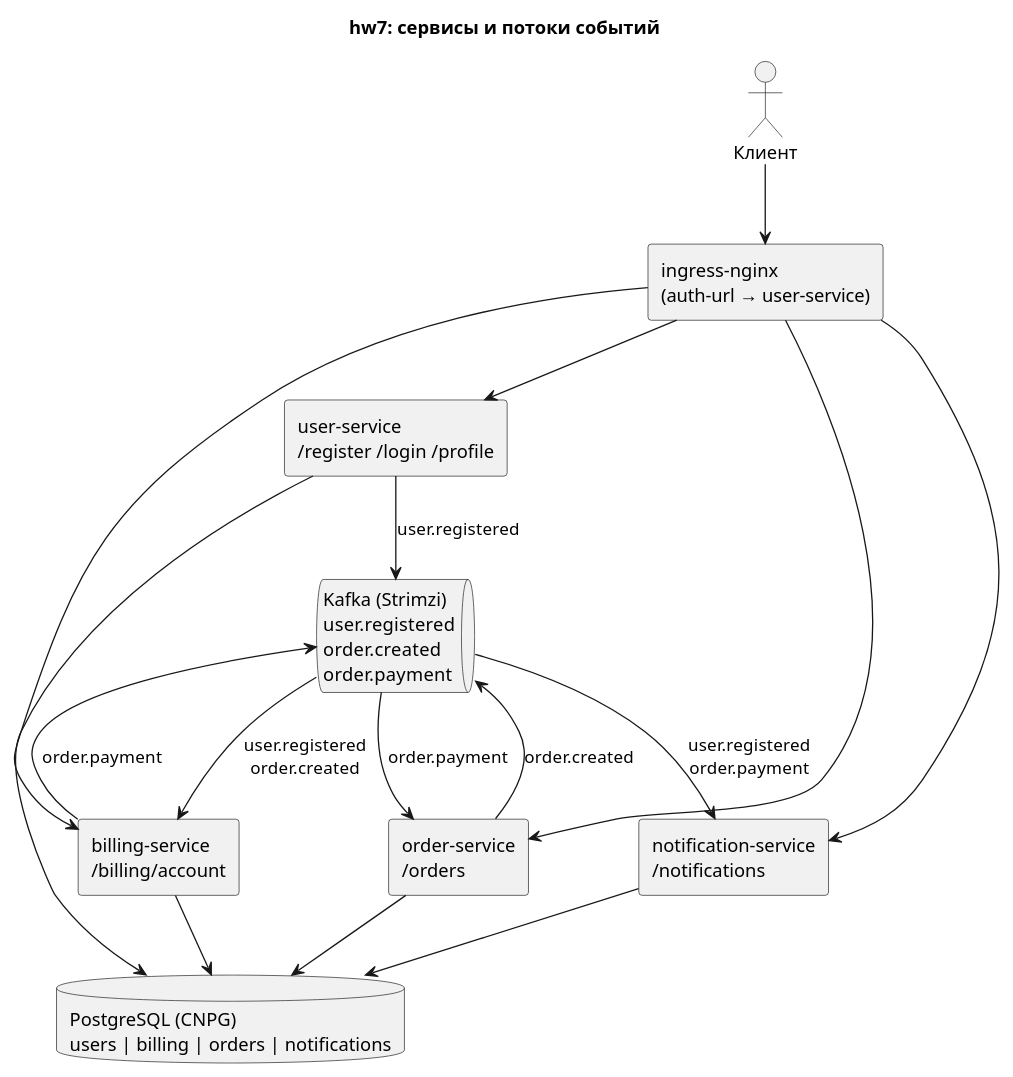
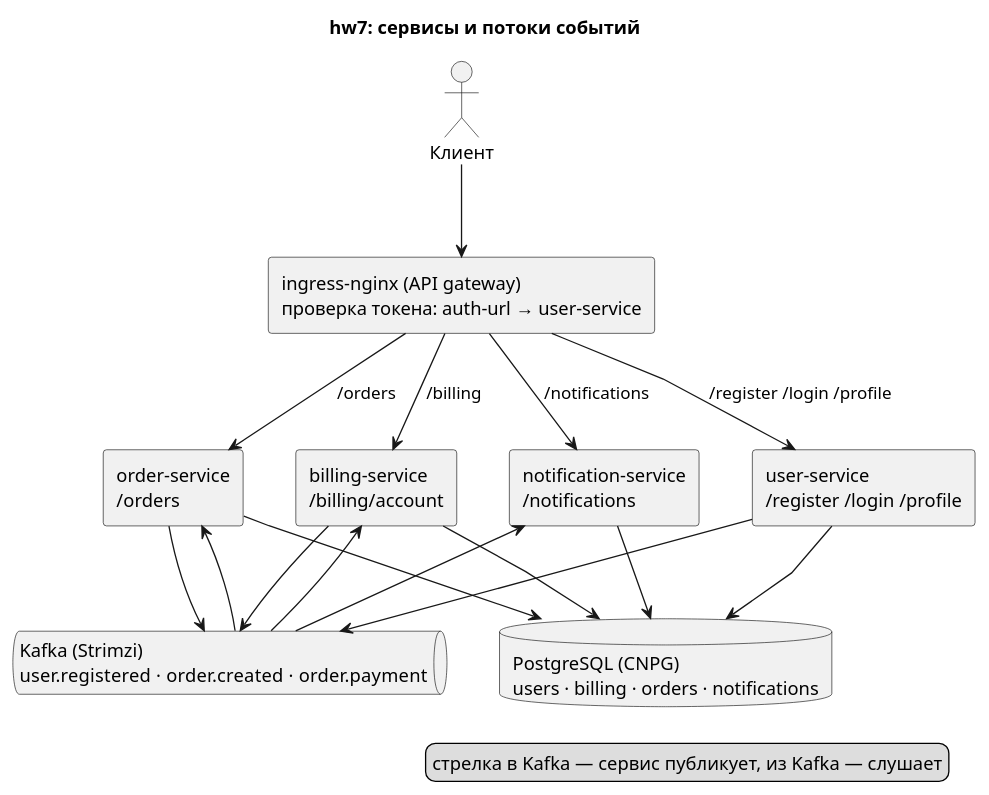
One commit to BoldyrevMichael/microservice-architecture-my-homework changed the diagram in hw7-stream-processing/docs/architecture.puml. Above: the diagram before and after it, drawn with PlantUML. The commit also changed 14 other files, not shown here.

Commit message:
hw7: общий helm-чарт сервисов с values на сервис, схема архитектуры с маршрутами шлюза, два пути установки и порядок удаления с темами Kafka в README.

```diff
--- a/hw7-stream-processing/docs/architecture.puml
+++ b/hw7-stream-processing/docs/architecture.puml
@@ -1,27 +1,38 @@
 @startuml
 title hw7: сервисы и потоки событий
 skinparam componentStyle rectangle
-actor Клиент
-rectangle "ingress-nginx\n(auth-url → user-service)" as gw
+skinparam linetype polyline
+skinparam nodesep 40
+skinparam ranksep 70
+actor Клиент as client
+rectangle "ingress-nginx (API gateway)\nпроверка токена: auth-url → user-service" as gw
 rectangle "user-service\n/register /login /profile" as u
 rectangle "billing-service\n/billing/account" as b
 rectangle "order-service\n/orders" as o
 rectangle "notification-service\n/notifications" as n
-queue "Kafka (Strimzi)\nuser.registered\norder.created\norder.payment" as k
-database "PostgreSQL (CNPG)\nusers | billing | orders | notifications" as db
-Клиент --> gw
-gw --> u
-gw --> b
-gw --> o
-gw --> n
-u --> k : user.registered
-o --> k : order.created
-b --> k : order.payment
-k --> b : user.registered\norder.created
-k --> o : order.payment
-k --> n : user.registered\norder.payment
-u --> db
-b --> db
-o --> db
-n --> db
+queue "Kafka (Strimzi)\nuser.registered · order.created · order.payment" as k
+database "PostgreSQL (CNPG)\nusers · billing · orders · notifications" as db
+
+client -down-> gw
+gw -down-> u : /register /login /profile
+gw -down-> b : /billing
+gw -down-> o : /orders
+gw -down-> n : /notifications
+
+k -[hidden]right-> db
+
+u -down-> k
+o -down-> k
+b -down-> k
+k -up-> b
+k -up-> o
+k -up-> n
+
+u -down-> db
+b -down-> db
+o -down-> db
+n -down-> db
+legend right
+стрелка в Kafka — сервис публикует, из Kafka — слушает
+endlegend
 @enduml
```
